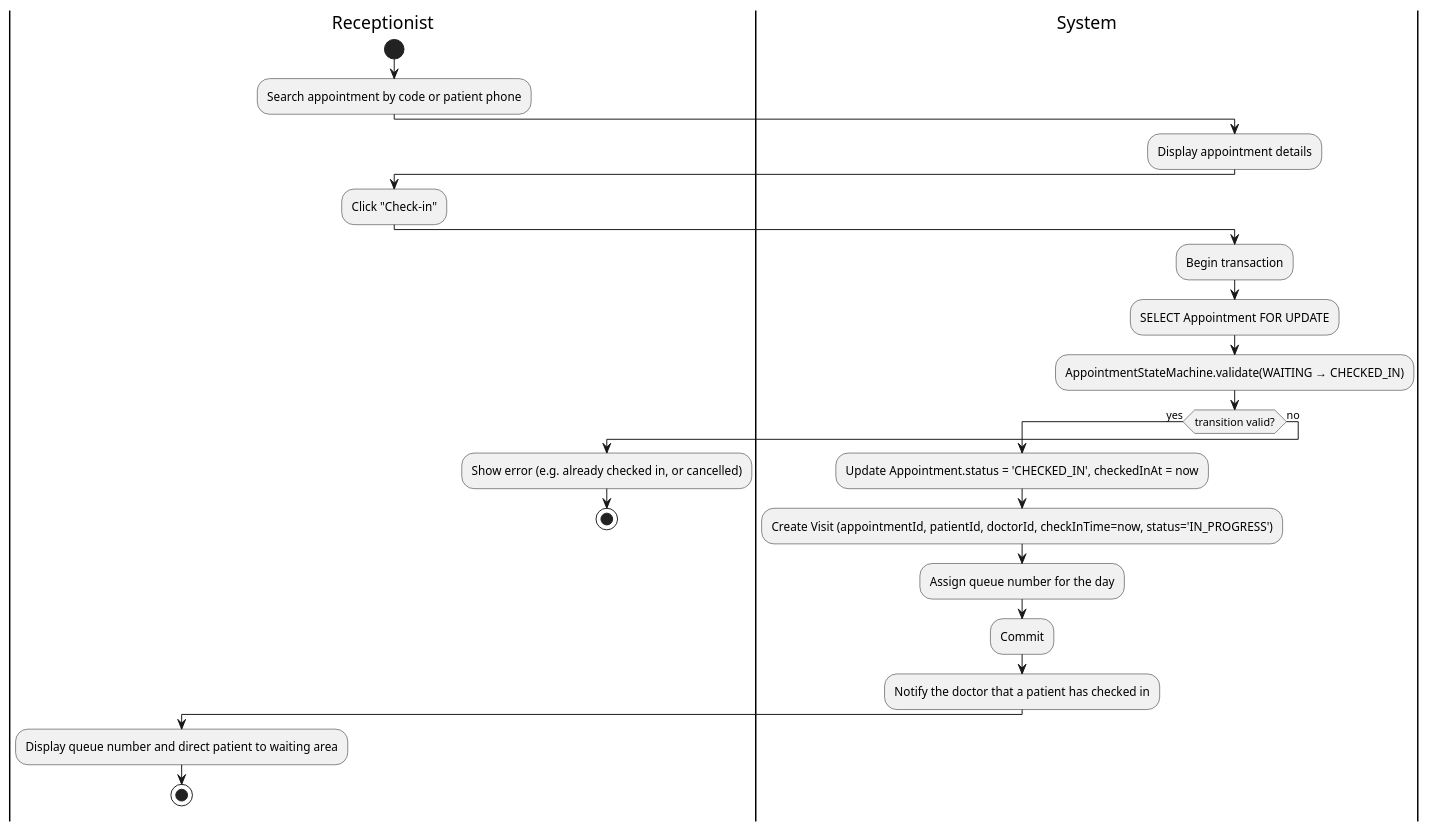
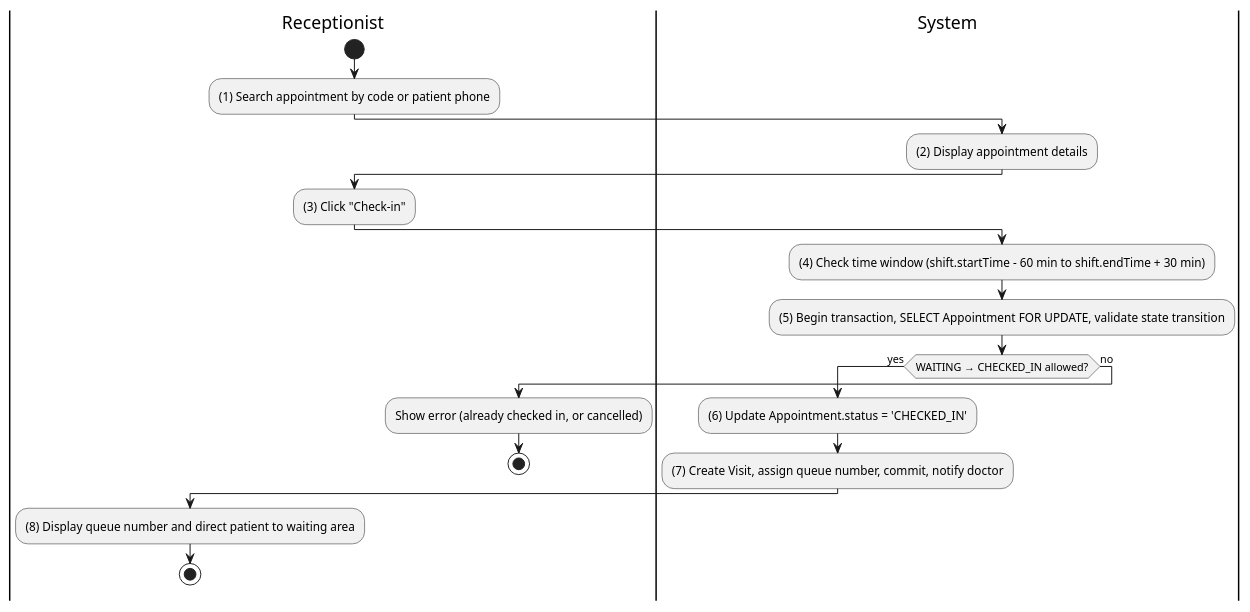
Diagram 13 of 27 in Docs/SRS.md (MinhThienNguyen040905/SE356---He-thong-phong-kham), drawn with PlantUML before and after one commit. The commit also changed other lines of this file, not shown here.

````diff
--- a/Docs/SRS.md
+++ b/Docs/SRS.md
@@ -851,29 +773,25 @@
 ```plantuml
 @startuml
 |Receptionist|
 start
-:Search appointment by code or patient phone;
+:(1) Search appointment by code or patient phone;
 |System|
-:Display appointment details;
+:(2) Display appointment details;
 |Receptionist|
-:Click "Check-in";
+:(3) Click "Check-in";
 |System|
-:Begin transaction;
-:SELECT Appointment FOR UPDATE;
-:AppointmentStateMachine.validate(WAITING → CHECKED_IN);
-if (transition valid?) then (yes)
-  :Update Appointment.status = 'CHECKED_IN', checkedInAt = now;
-  :Create Visit (appointmentId, patientId, doctorId, checkInTime=now, status='IN_PROGRESS');
-  :Assign queue number for the day;
-  :Commit;
-  :Notify the doctor that a patient has checked in;
+:(4) Check time window (shift.startTime - 60 min to shift.endTime + 30 min);
+:(5) Begin transaction, SELECT Appointment FOR UPDATE, validate state transition;
+if (WAITING → CHECKED_IN allowed?) then (yes)
+  :(6) Update Appointment.status = 'CHECKED_IN';
+  :(7) Create Visit, assign queue number, commit, notify doctor;
   |Receptionist|
-  :Display queue number and direct patient to waiting area;
+  :(8) Display queue number and direct patient to waiting area;
   stop
 else (no)
   |Receptionist|
-  :Show error (e.g. already checked in, or cancelled);
+  :Show error (already checked in, or cancelled);
   stop
 endif
 @enduml
 ```
````
